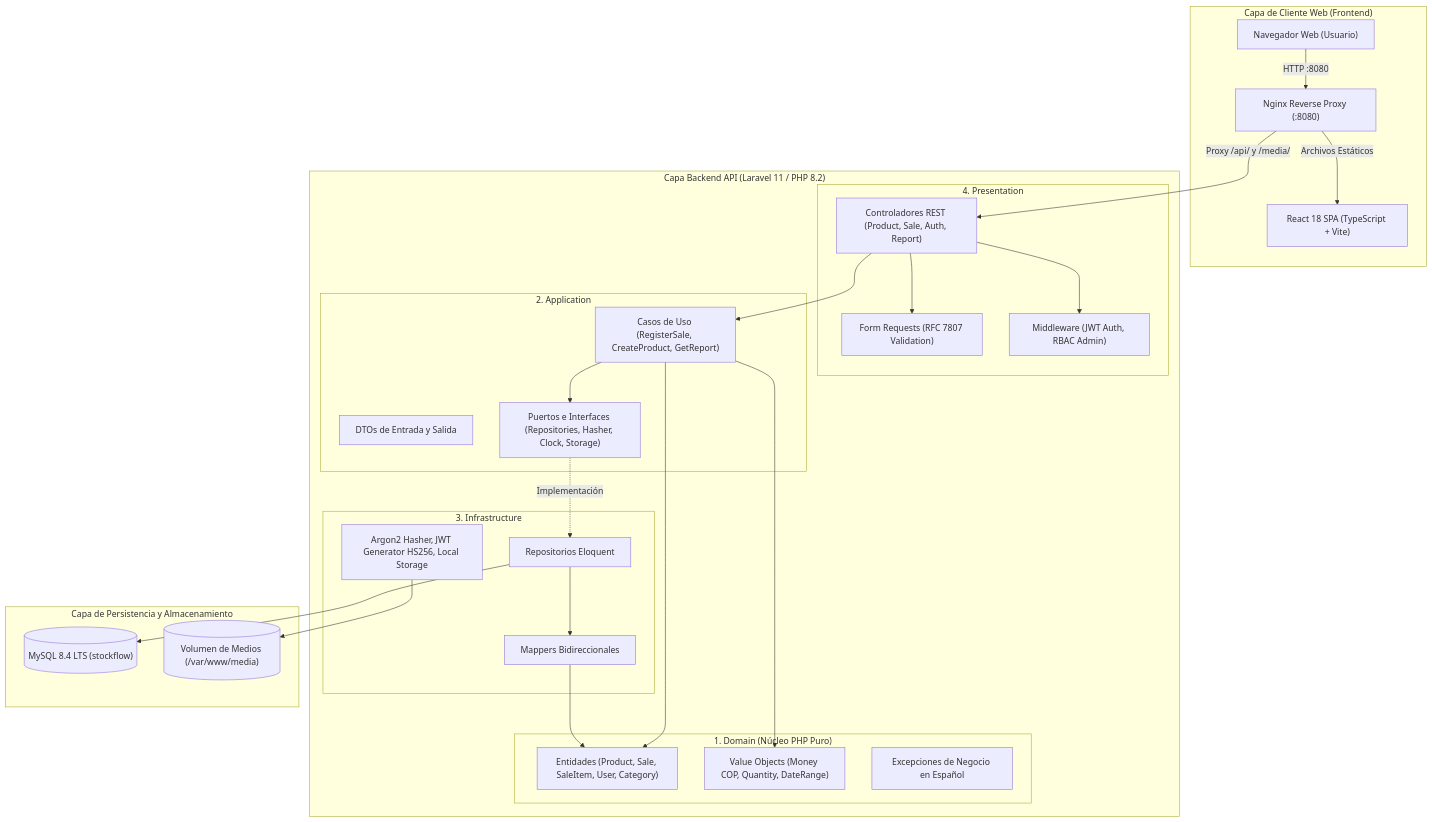
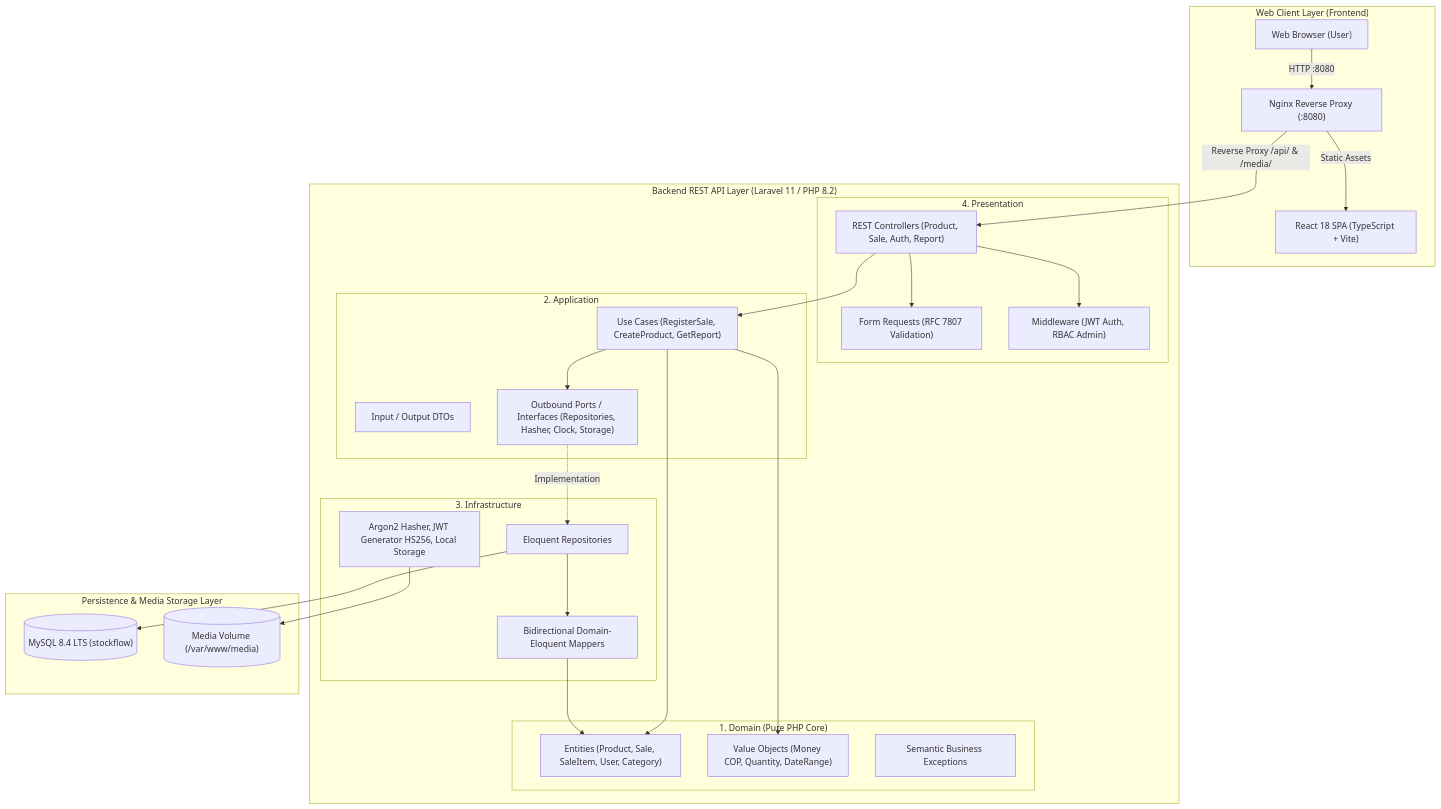
Before and after one commit to Kevin81A/test-simple-stock-flow: the first of 3 diagrams in docs/ENTREGA-TECNICA.md, drawn with Mermaid. The commit also changed other lines of this file and 47 other files, not shown here.

````diff
--- a/docs/ENTREGA-TECNICA.md
+++ b/docs/ENTREGA-TECNICA.md
@@ -27,54 +27,54 @@
 ```mermaid
 flowchart TD
-    subgraph Client["Capa de Cliente Web (Frontend)"]
-        Browser["Navegador Web (Usuario)"]
+    subgraph Client["Web Client Layer (Frontend)"]
+        Browser["Web Browser (User)"]
         SPA["React 18 SPA (TypeScript + Vite)"]
         Nginx["Nginx Reverse Proxy (:8080)"]
     end
 
-    subgraph Backend["Capa Backend API (Laravel 11 / PHP 8.2)"]
+    subgraph Backend["Backend REST API Layer (Laravel 11 / PHP 8.2)"]
         subgraph PresentationLayer["4. Presentation"]
-            Controllers["Controladores REST (Product, Sale, Auth, Report)"]
+            Controllers["REST Controllers (Product, Sale, Auth, Report)"]
             Requests["Form Requests (RFC 7807 Validation)"]
             Middleware["Middleware (JWT Auth, RBAC Admin)"]
         end
 
         subgraph ApplicationLayer["2. Application"]
-            UseCases["Casos de Uso (RegisterSale, CreateProduct, GetReport)"]
-            DTOs["DTOs de Entrada y Salida"]
-            Ports["Puertos e Interfaces (Repositories, Hasher, Clock, Storage)"]
+            UseCases["Use Cases (RegisterSale, CreateProduct, GetReport)"]
+            DTOs["Input / Output DTOs"]
+            Ports["Outbound Ports / Interfaces (Repositories, Hasher, Clock, Storage)"]
         end
 
-        subgraph DomainLayer["1. Domain (Núcleo PHP Puro)"]
-            Entities["Entidades (Product, Sale, SaleItem, User, Category)"]
+        subgraph DomainLayer["1. Domain (Pure PHP Core)"]
+            Entities["Entities (Product, Sale, SaleItem, User, Category)"]
             ValueObjects["Value Objects (Money COP, Quantity, DateRange)"]
-            DomainExceptions["Excepciones de Negocio en Español"]
+            DomainExceptions["Semantic Business Exceptions"]
         end
 
         subgraph InfrastructureLayer["3. Infrastructure"]
-            EloquentRepos["Repositorios Eloquent"]
-            Mappers["Mappers Bidireccionales"]
+            EloquentRepos["Eloquent Repositories"]
+            Mappers["Bidirectional Domain-Eloquent Mappers"]
             Services["Argon2 Hasher, JWT Generator HS256, Local Storage"]
         end
     end
 
-    subgraph Storage["Capa de Persistencia y Almacenamiento"]
+    subgraph Storage["Persistence & Media Storage Layer"]
         MySQL[("MySQL 8.4 LTS (stockflow)")]
-        MediaVol[("Volumen de Medios (/var/www/media)")]
+        MediaVol[("Media Volume (/var/www/media)")]
     end
 
     Browser -->|HTTP :8080| Nginx
-    Nginx -->|Archivos Estáticos| SPA
-    Nginx -->|Proxy /api/ y /media/| Controllers
+    Nginx -->|Static Assets| SPA
+    Nginx -->|Reverse Proxy /api/ & /media/| Controllers
     Controllers --> Requests
     Controllers --> Middleware
     Controllers --> UseCases
     UseCases --> Ports
     UseCases --> Entities
     UseCases --> ValueObjects
-    Ports -.->|Implementación| EloquentRepos
+    Ports -.->|Implementation| EloquentRepos
     EloquentRepos --> Mappers
     Mappers --> Entities
     EloquentRepos --> MySQL
     Services --> MediaVol
 ```
````
